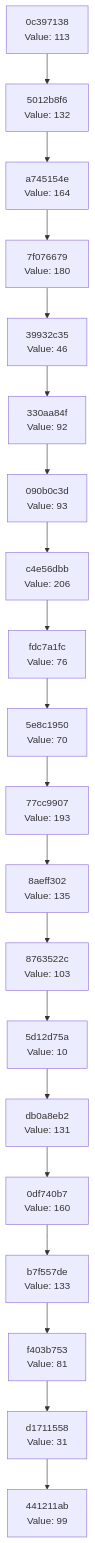
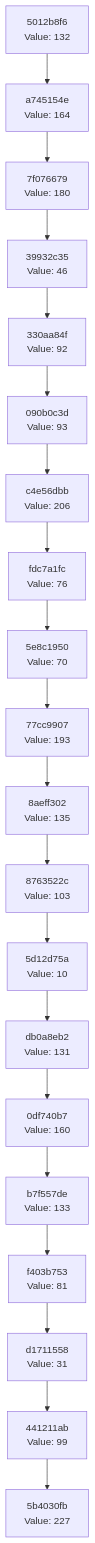
The diagram in docs/CHAIN_VISUALIZATION.md (Abhisheksinha1506/hash-chain-evolver), drawn with Mermaid before and after one commit. The commit also changed 2 other files, not shown here.

Commit message:
Evolution Step

````diff
--- a/docs/CHAIN_VISUALIZATION.md
+++ b/docs/CHAIN_VISUALIZATION.md
@@ -3,42 +3,42 @@
 ```mermaid
 graph TD
-    C0["441211ab<br/>Value: 99"]
-    C1["d1711558<br/>Value: 31"]
+    C0["5b4030fb<br/>Value: 227"]
+    C1["441211ab<br/>Value: 99"]
     C1 --> C0
-    C2["f403b753<br/>Value: 81"]
+    C2["d1711558<br/>Value: 31"]
     C2 --> C1
-    C3["b7f557de<br/>Value: 133"]
+    C3["f403b753<br/>Value: 81"]
     C3 --> C2
-    C4["0df740b7<br/>Value: 160"]
+    C4["b7f557de<br/>Value: 133"]
     C4 --> C3
-    C5["db0a8eb2<br/>Value: 131"]
+    C5["0df740b7<br/>Value: 160"]
     C5 --> C4
-    C6["5d12d75a<br/>Value: 10"]
+    C6["db0a8eb2<br/>Value: 131"]
     C6 --> C5
-    C7["8763522c<br/>Value: 103"]
+    C7["5d12d75a<br/>Value: 10"]
     C7 --> C6
-    C8["8aeff302<br/>Value: 135"]
+    C8["8763522c<br/>Value: 103"]
     C8 --> C7
-    C9["77cc9907<br/>Value: 193"]
+    C9["8aeff302<br/>Value: 135"]
     C9 --> C8
-    C10["5e8c1950<br/>Value: 70"]
+    C10["77cc9907<br/>Value: 193"]
     C10 --> C9
-    C11["fdc7a1fc<br/>Value: 76"]
+    C11["5e8c1950<br/>Value: 70"]
     C11 --> C10
-    C12["c4e56dbb<br/>Value: 206"]
+    C12["fdc7a1fc<br/>Value: 76"]
     C12 --> C11
-    C13["090b0c3d<br/>Value: 93"]
+    C13["c4e56dbb<br/>Value: 206"]
     C13 --> C12
-    C14["330aa84f<br/>Value: 92"]
+    C14["090b0c3d<br/>Value: 93"]
     C14 --> C13
-    C15["39932c35<br/>Value: 46"]
+    C15["330aa84f<br/>Value: 92"]
     C15 --> C14
-    C16["7f076679<br/>Value: 180"]
+    C16["39932c35<br/>Value: 46"]
     C16 --> C15
-    C17["a745154e<br/>Value: 164"]
+    C17["7f076679<br/>Value: 180"]
     C17 --> C16
-    C18["5012b8f6<br/>Value: 132"]
+    C18["a745154e<br/>Value: 164"]
     C18 --> C17
-    C19["0c397138<br/>Value: 113"]
+    C19["5012b8f6<br/>Value: 132"]
     C19 --> C18
 ```
````
